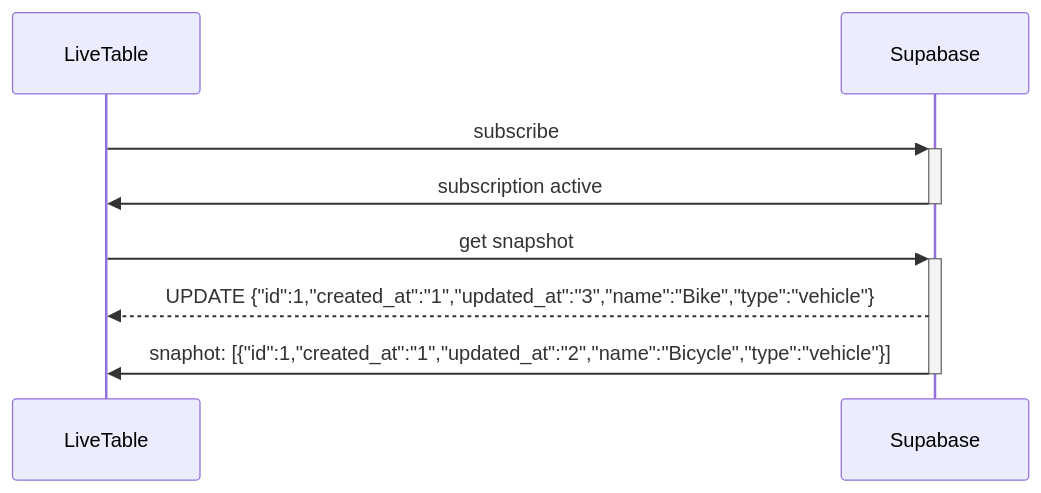
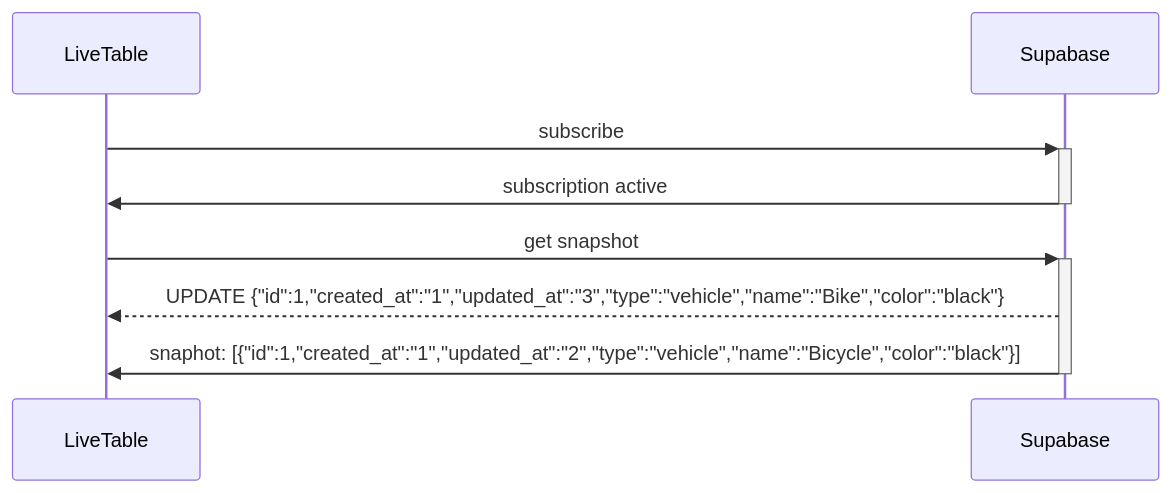
Before and after one commit to openartmarket/supabase-live-table: the diagram in docs/sequence-diagrams/replays-updates-that-are-more-recent-than-snapshot-and-arrived-before.md, drawn with Mermaid. The commit also changed other lines of this file and 10 other files, not shown here.

````diff
--- a/docs/sequence-diagrams/replays-updates-that-are-more-recent-than-snapshot-and-arrived-before.md
+++ b/docs/sequence-diagrams/replays-updates-that-are-more-recent-than-snapshot-and-arrived-before.md
@@ -3,8 +3,8 @@
 ```mermaid
 sequenceDiagram
   LiveTable->>+Supabase: subscribe
   Supabase->>-LiveTable: subscription active
   LiveTable->>+Supabase: get snapshot
-  Supabase-->>LiveTable: UPDATE {"id":1,"created_at":"1","updated_at":"3","name":"Bike","type":"vehicle"}
-  Supabase->>-LiveTable: snaphot: [{"id":1,"created_at":"1","updated_at":"2","name":"Bicycle","type":"vehicle"}]
+  Supabase-->>LiveTable: UPDATE {"id":1,"created_at":"1","updated_at":"3","type":"vehicle","name":"Bike","color":"black"}
+  Supabase->>-LiveTable: snaphot: [{"id":1,"created_at":"1","updated_at":"2","type":"vehicle","name":"Bicycle","color":"black"}]
 ```
````
